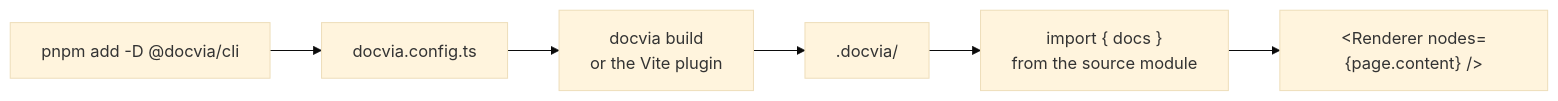
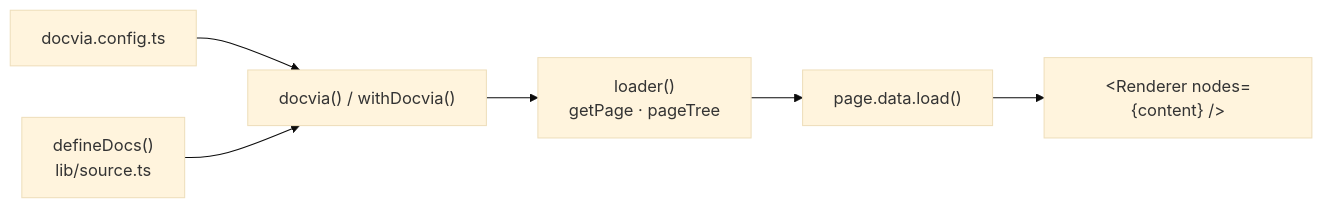
The diagram in apps/web/src/docs/getting-started.md (kanakkholwal/docvia), drawn with Mermaid (base theme) before and after one commit. The commit also changed other lines of this file and 164 other files, not shown here.

````diff
--- a/apps/web/src/docs/getting-started.md
+++ b/apps/web/src/docs/getting-started.md
@@ -92,9 +102,9 @@
 ```mermaid
-%% title: From install to rendered page
+%% title: From Markdown to rendered page
 flowchart LR
-  I["pnpm add -D @docvia/cli"] --> C["docvia.config.ts"]
-  C --> B["docvia build<br/>or the Vite plugin"]
-  B --> D[".docvia/"]
-  D --> S["import { docs }<br/>from the source module"]
-  S --> R["&lt;Renderer nodes={page.content} /&gt;"]
+  C["docvia.config.ts"] --> P["docvia() / withDocvia()"]
+  M["defineDocs()<br/>lib/source.ts"] --> P
+  P --> L["loader()<br/>getPage · pageTree"]
+  L --> D["page.data.load()"]
+  D --> R["&lt;Renderer nodes={content} /&gt;"]
 ```
````
